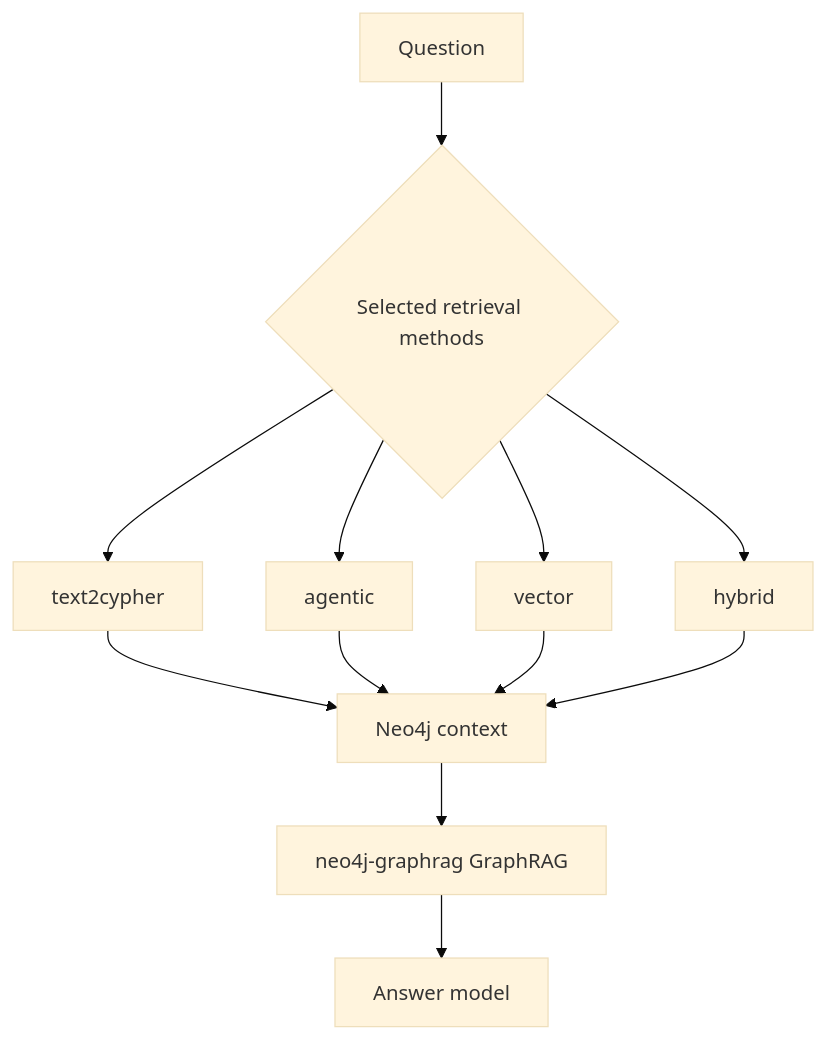
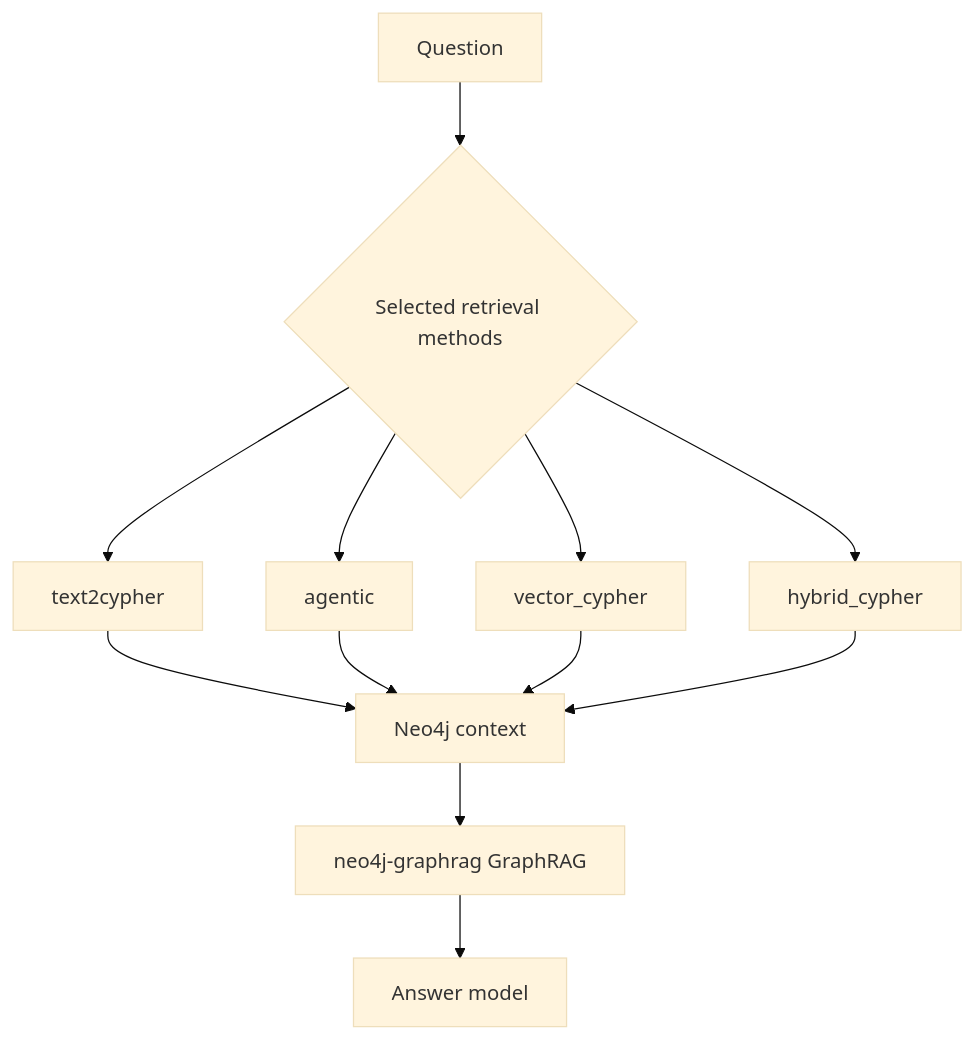
The diagram in docs/graphrag/retrieval.md (udit19199/RecRAG), drawn with Mermaid (base theme) before and after one commit. The commit also changed other lines of this file and 2 other files, not shown here.

Commit message:
Clarify graph construction and retrieval docs

````diff
--- a/docs/graphrag/retrieval.md
+++ b/docs/graphrag/retrieval.md
@@ -7,14 +10,14 @@
 ```mermaid
 flowchart TD
     A[Question] --> B{Selected retrieval methods}
     B --> C[text2cypher]
     B --> D[agentic]
-    B --> E[vector]
-    B --> F[hybrid]
+    B --> E[vector_cypher]
+    B --> F[hybrid_cypher]
     C --> G[Neo4j context]
     D --> G
     E --> G
     F --> G
     G --> H[neo4j-graphrag GraphRAG]
     H --> I[Answer model]
 ```
````
